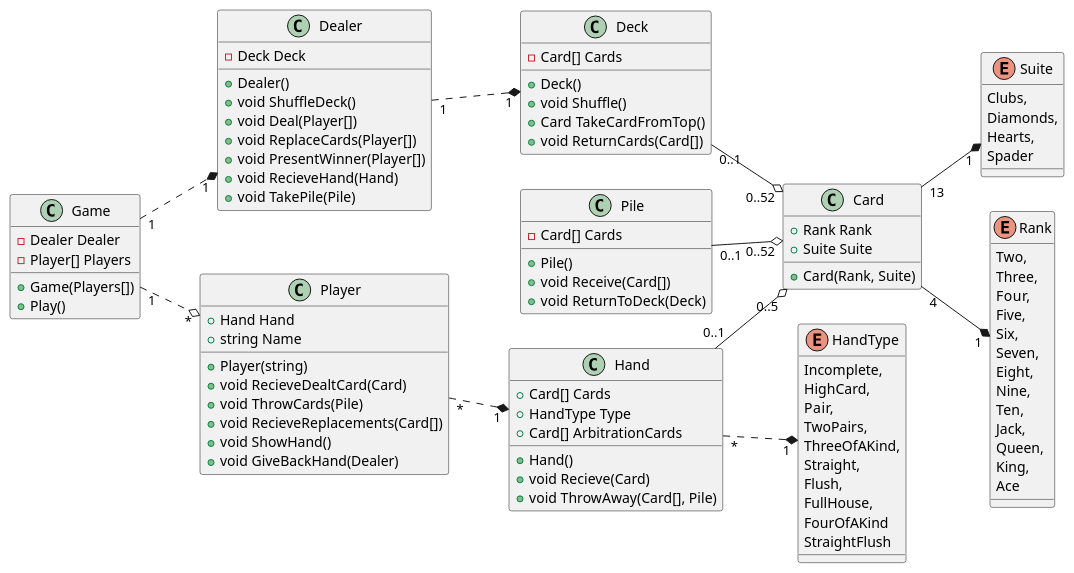
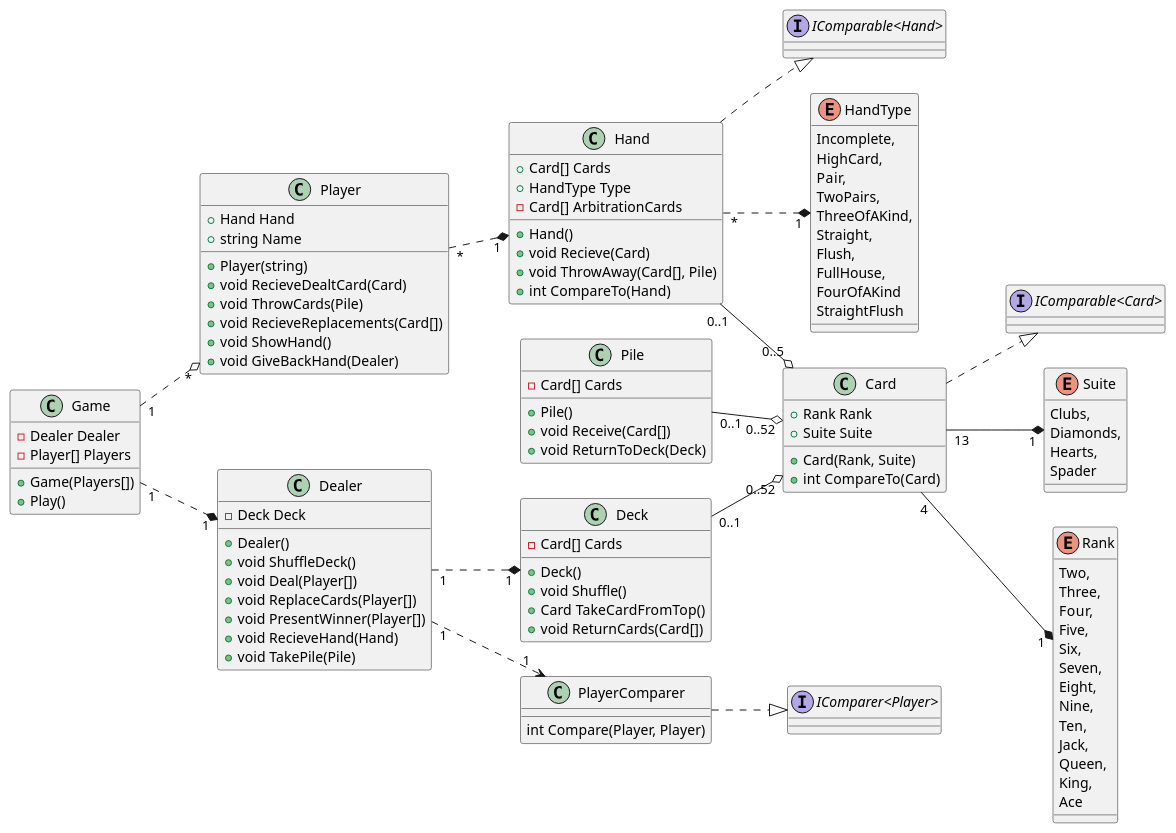
One commit to jonaskeisu/newton-sysg-op1 changed the third of 3 diagrams in lektioner/12-klasser-och-objekt/12-klasser-och-objekt.notes.md. Above: the diagram before and after it, drawn with PlantUML. The commit also changed other lines of this file, not shown here.

```diff
--- a/lektioner/12-klasser-och-objekt/12-klasser-och-objekt.notes.md
+++ b/lektioner/12-klasser-och-objekt/12-klasser-och-objekt.notes.md
@@ -362,7 +481,14 @@
     + Rank Rank
     + Suite Suite
     + Card(Rank, Suite)
+    + int CompareTo(Card)
 }
+
+interface "IComparable<Card>"
+{
+}
+
+Card ..|> "IComparable<Card>"
 
 enum Suite
 {
@@ -396,11 +522,18 @@
 {
     + Card[] Cards
     + HandType Type
-    + Card[] ArbitrationCards
+    - Card[] ArbitrationCards
     + Hand()
     + void Recieve(Card)
     + void ThrowAway(Card[], Pile)
+    + int CompareTo(Hand)
 }
+
+interface "IComparable<Hand>"
+{
+}
+
+Hand ..|> "IComparable<Hand>"
 
 enum HandType
 {
@@ -443,6 +576,19 @@
 }
 
 Dealer "1" ..* "1" Deck
+Dealer "1" ..> "1" PlayerComparer
+
+interface "IComparer<Player>"
+{
+
+}
+
+class PlayerComparer
+{
+    int Compare(Player, Player)
+}
+
+PlayerComparer ..|> "IComparer<Player>"
 
 class Player 
 {
```
